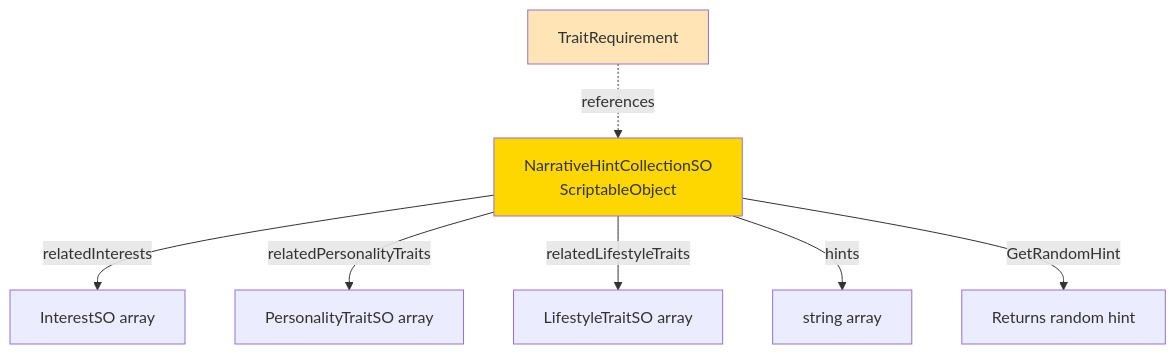
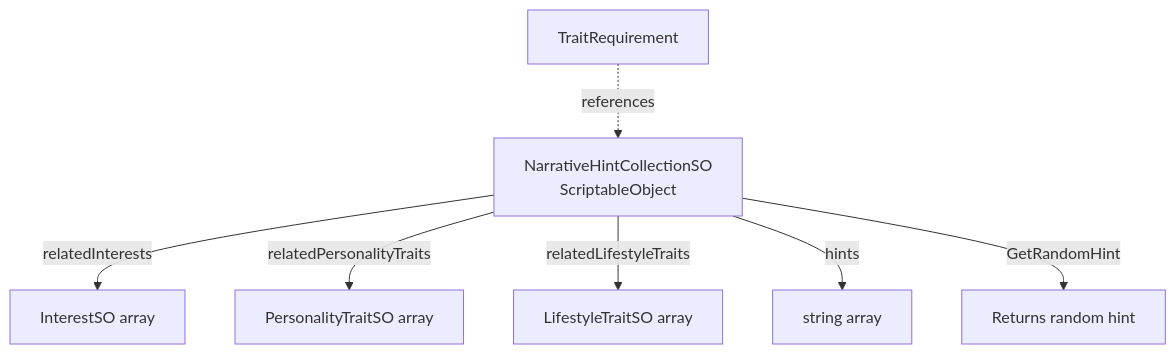
Before and after one commit to ben3683914/maskhot: the sixth of 11 diagrams in ARCHITECTURE_DIAGRAMS.md, drawn with Mermaid. The commit also changed other lines of this file, not shown here.

Commit message:
remove colors from mermaid

````diff
--- a/ARCHITECTURE_DIAGRAMS.md
+++ b/ARCHITECTURE_DIAGRAMS.md
@@ -197,15 +178,13 @@
 ```mermaid
 graph TB
     Hints[NarrativeHintCollectionSO<br/>ScriptableObject]
 
     Hints -->|relatedInterests| Interest[InterestSO array]
     Hints -->|relatedPersonalityTraits| Personality[PersonalityTraitSO array]
     Hints -->|relatedLifestyleTraits| Lifestyle[LifestyleTraitSO array]
     Hints -->|hints| HintStrings[string array]
     Hints -->|GetRandomHint| Method[Returns random hint]
 
     TraitReq[TraitRequirement] -.->|references| Hints
 
-    style Hints fill:#FFD700
-    style TraitReq fill:#FFE4B5
 ```
````
